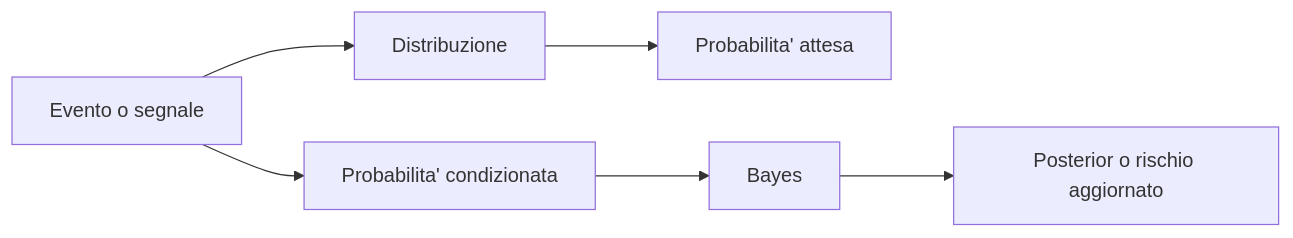
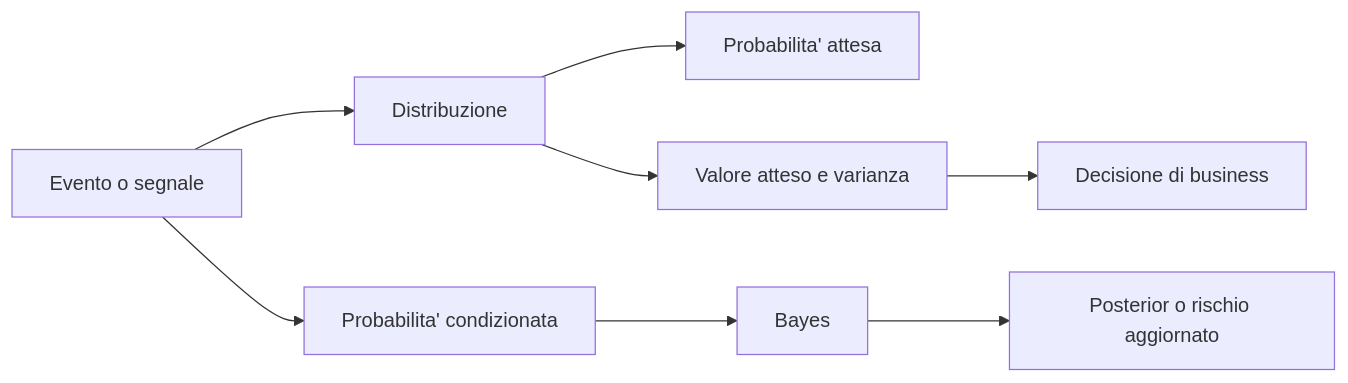
Before and after one commit to AndreyBertasini/gynnitech: the diagram in src/content/corso/matematica-analisi-dati/probabilita-distribuzioni-e-bayes.mdx, drawn with Mermaid. The commit also changed other lines of this file and 28 other files, not shown here.

````diff
--- a/src/content/corso/matematica-analisi-dati/probabilita-distribuzioni-e-bayes.mdx
+++ b/src/content/corso/matematica-analisi-dati/probabilita-distribuzioni-e-bayes.mdx
@@ -15,8 +15,10 @@
 ```mermaid
 flowchart LR
     A[Evento o segnale] --> B[Distribuzione]
     B --> C[Probabilita' attesa]
     A --> D[Probabilita' condizionata]
     D --> E[Bayes]
     E --> F[Posterior o rischio aggiornato]
+    B --> G[Valore atteso e varianza]
+    G --> H[Decisione di business]
 ```
````
